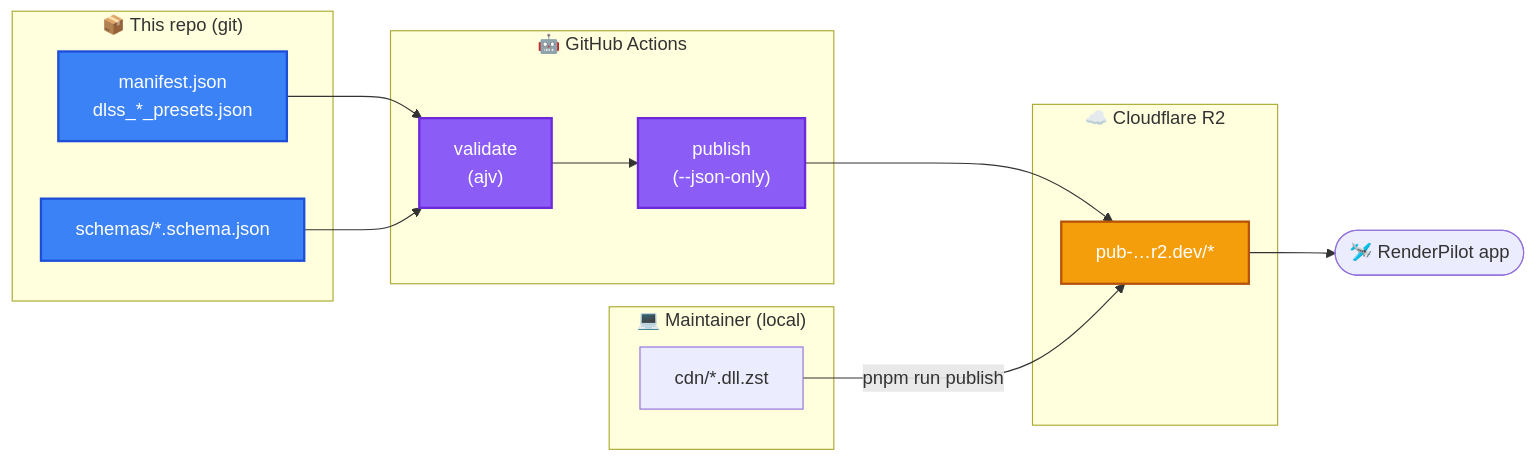
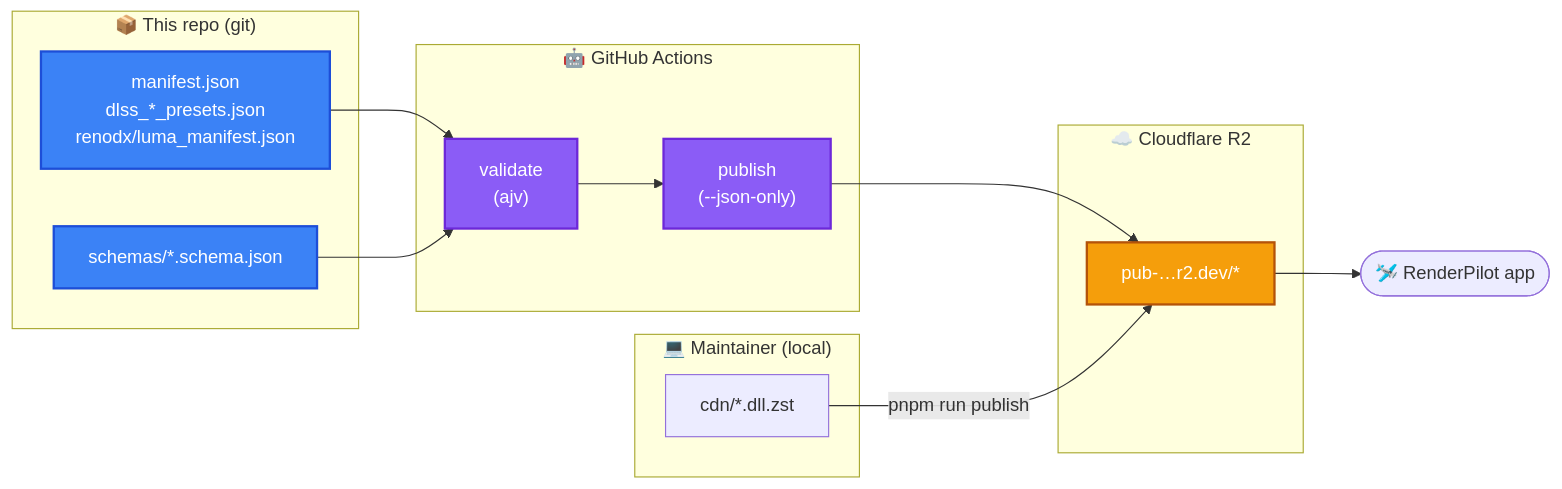
Before and after one commit to osyka-yuri/renderpilot-libraries: the diagram in README.md, drawn with Mermaid. The commit also changed other lines of this file and 54 other files, not shown here.

````diff
--- a/README.md
+++ b/README.md
@@ -26,31 +26,31 @@
 ```mermaid
 flowchart LR
   subgraph REPO["📦 This repo (git)"]
-    JSON["manifest.json<br/>dlss_*_presets.json"]
+    JSON["manifest.json<br/>dlss_*_presets.json<br/>renodx/luma_manifest.json"]
     SCHEMAS["schemas/*.schema.json"]
   end
   subgraph LOCAL["💻 Maintainer (local)"]
     BIN["cdn/*.dll.zst"]
   end
   subgraph CI["🤖 GitHub Actions"]
     V["validate<br/>(ajv)"]
     P["publish<br/>(--json-only)"]
   end
   subgraph R2["☁️ Cloudflare R2"]
     OBJ["pub-…r2.dev/*"]
   end
   APP(["🛩️ RenderPilot app"])
 
   JSON --> V
   SCHEMAS --> V
   V --> P --> OBJ
   BIN -->|pnpm run publish| OBJ
   OBJ --> APP
 
   classDef repo fill:#3b82f6,color:#fff,stroke:#1d4ed8,stroke-width:2px;
   classDef ci fill:#8b5cf6,color:#fff,stroke:#6d28d9,stroke-width:2px;
   classDef cdn fill:#f59e0b,color:#fff,stroke:#b45309,stroke-width:2px;
   class JSON,SCHEMAS repo;
   class V,P ci;
   class OBJ cdn;
 ```
````
